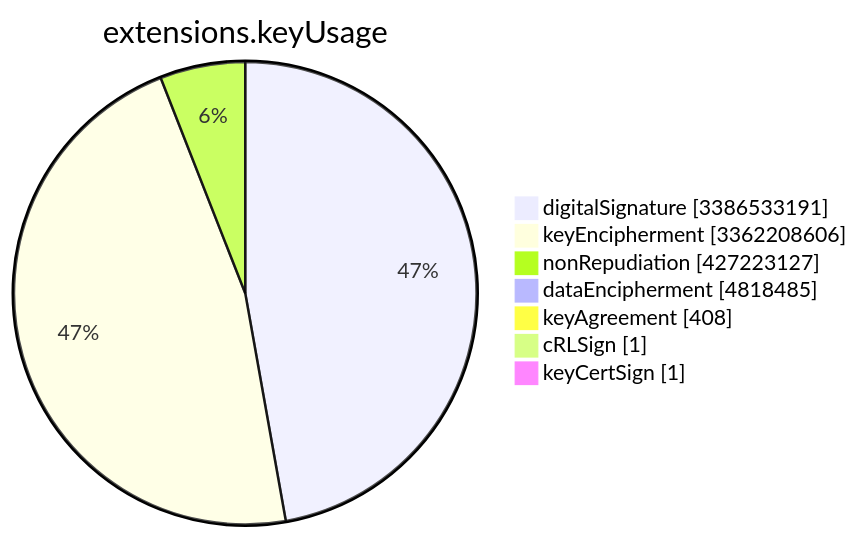
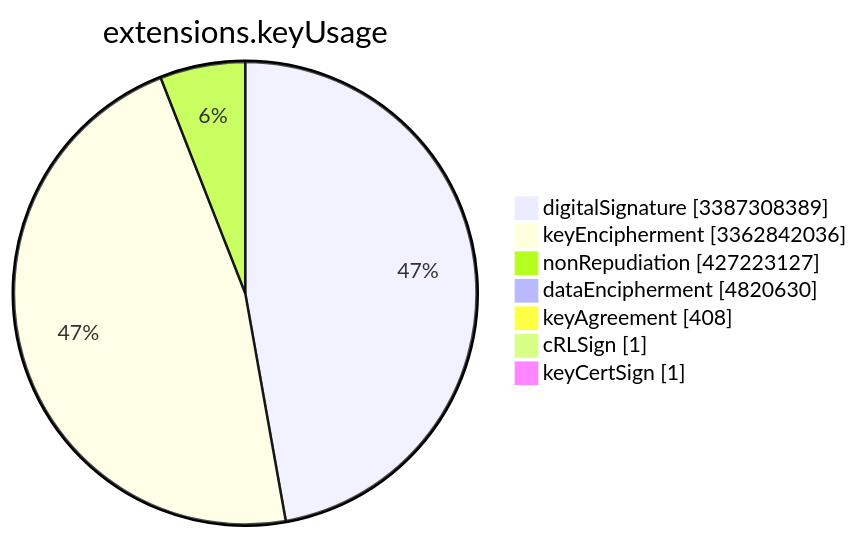
The sixth of 15 diagrams in TOTAL/README.md (christiankrug/ctmonitor_visualization), drawn with Mermaid before and after one commit. The commit also changed other lines of this file, not shown here.

````diff
--- a/TOTAL/README.md
+++ b/TOTAL/README.md
@@ -3080,11 +3080,11 @@
 ```mermaid
 pie showData
 title extensions.keyUsage
-"digitalSignature" :3386533191
-"keyEncipherment" :3362208606
+"digitalSignature" :3387308389
+"keyEncipherment" :3362842036
 "nonRepudiation" :427223127
-"dataEncipherment" :4818485
+"dataEncipherment" :4820630
 "keyAgreement" :408
 "cRLSign" :1
 "keyCertSign" :1
 ```
````
